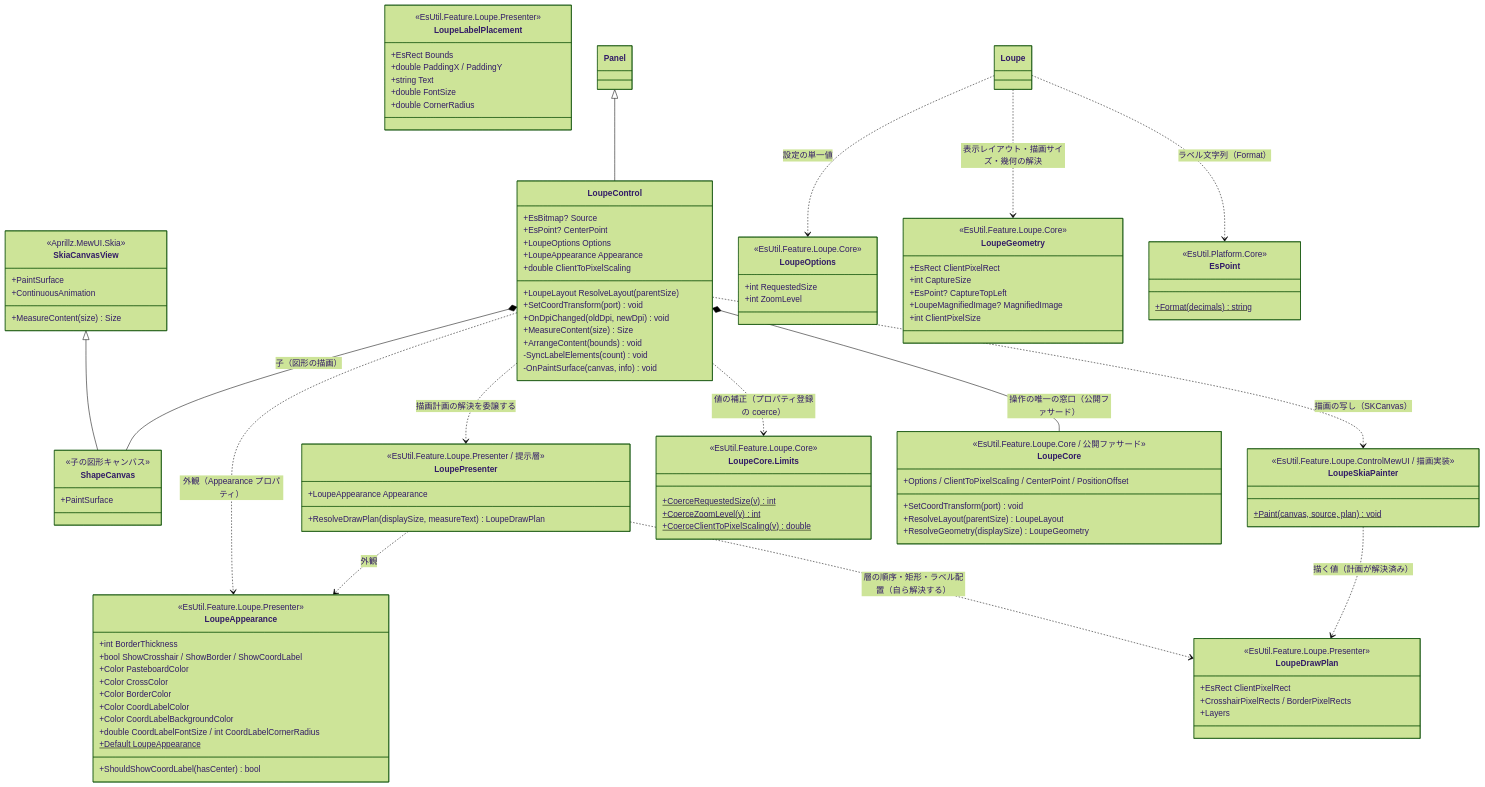
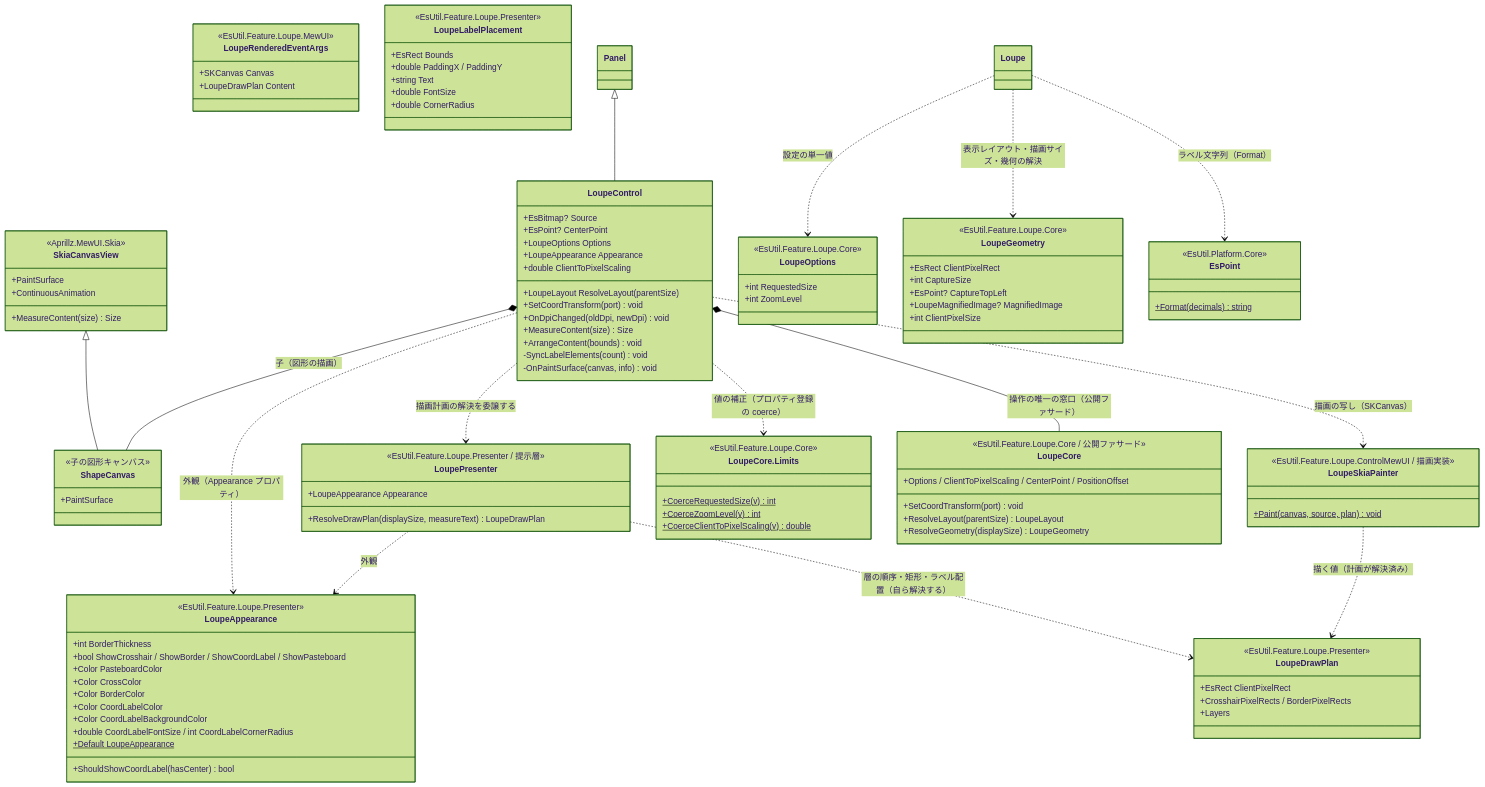
One commit to tomokuni/SaveEvidence changed the first of 2 diagrams in src/EsUtil.Feature.Loupe.ControlMewUI/docs/SPEC_System.md. Above: the diagram before and after it, drawn with Mermaid (forest theme). The commit also changed other lines of this file and 21 other files, not shown here.

```diff
--- a/src/EsUtil.Feature.Loupe.ControlMewUI/docs/SPEC_System.md
+++ b/src/EsUtil.Feature.Loupe.ControlMewUI/docs/SPEC_System.md
@@ -130,7 +130,7 @@
     class LoupeAppearance {
         <<EsUtil.Feature.Loupe.Presenter>>
         +int BorderThickness
-        +bool ShowCrosshair / ShowBorder / ShowCoordLabel
+        +bool ShowCrosshair / ShowBorder / ShowCoordLabel / ShowPasteboard
         +ShouldShowCoordLabel(hasCenter) bool
         +Color PasteboardColor
         +Color CrossColor
@@ -160,6 +160,11 @@
         +EsRect ClientPixelRect
                 +CrosshairPixelRects / BorderPixelRects
         +Layers
+    }
+    class LoupeRenderedEventArgs {
+        <<EsUtil.Feature.Loupe.MewUI>>
+        +SKCanvas Canvas
+        +LoupeDrawPlan Content
     }
     class LoupeGeometry {
         <<EsUtil.Feature.Loupe.Core>>
```
